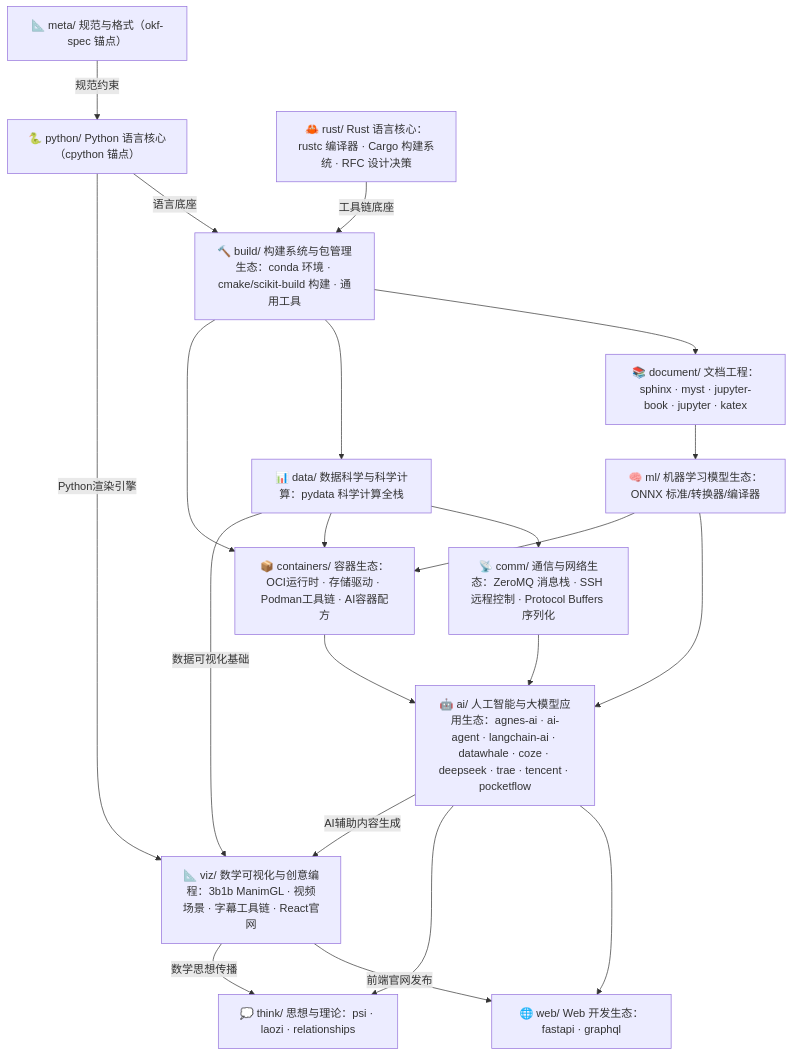
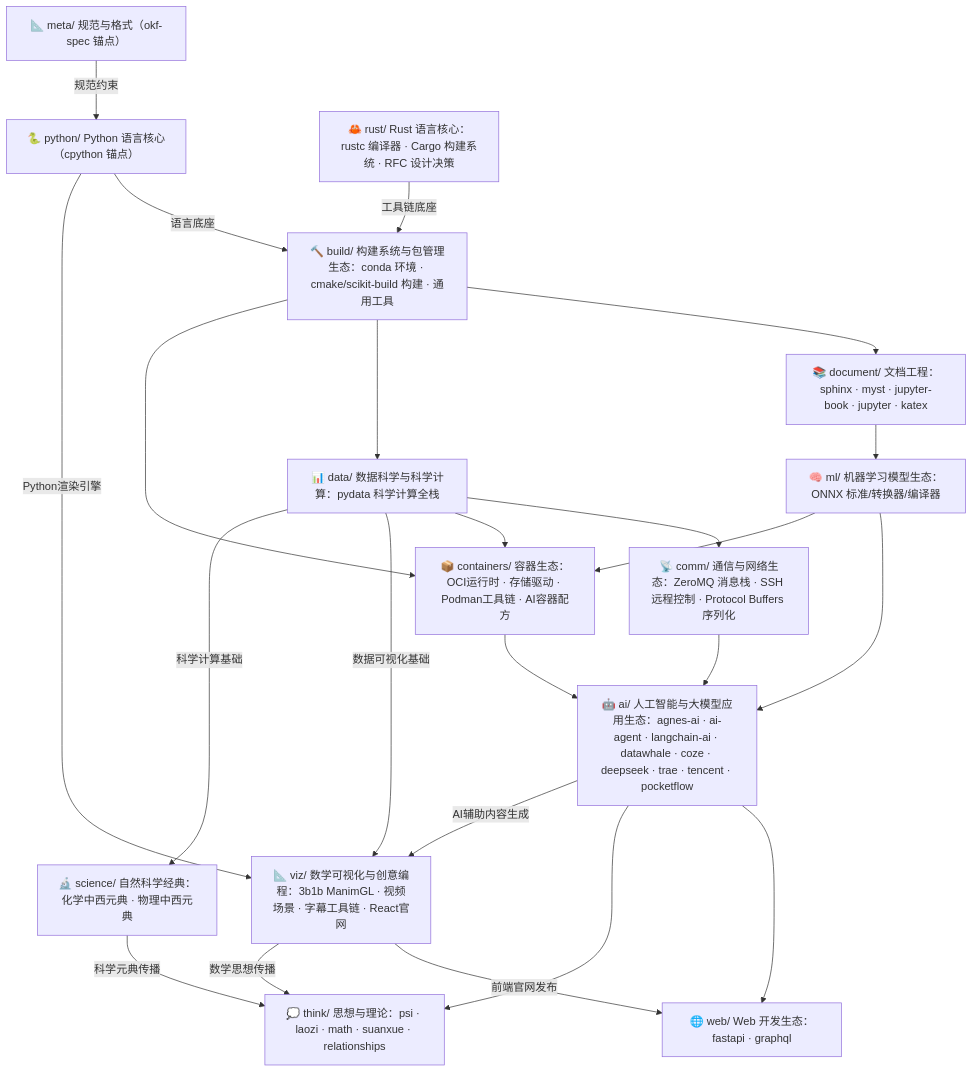
Before and after one commit to awesome-flexloop/awesome-okf: the first of 2 diagrams in doc/bundles/index.md, drawn with Mermaid. The commit also changed other lines of this file and 1 other file, not shown here.

````diff
--- a/doc/bundles/index.md
+++ b/doc/bundles/index.md
@@ -21,36 +21,39 @@
 ```mermaid
 flowchart TD
     meta["📐 meta/ 规范与格式（okf-spec 锚点）"]
     py["🐍 python/ Python 语言核心（cpython 锚点）"]
     rust["🦀 rust/ Rust 语言核心：rustc 编译器 · Cargo 构建系统 · RFC 设计决策"]
     build["🔨 build/ 构建系统与包管理生态：conda 环境 · cmake/scikit-build 构建 · 通用工具"]
     doc["📚 document/ 文档工程：sphinx · myst · jupyter-book · jupyter · katex"]
     data["📊 data/ 数据科学与科学计算：pydata 科学计算全栈"]
     ml["🧠 ml/ 机器学习模型生态：ONNX 标准/转换器/编译器"]
     comm["📡 comm/ 通信与网络生态：ZeroMQ 消息栈 · SSH 远程控制 · Protocol Buffers 序列化"]
     ai["🤖 ai/ 人工智能与大模型应用生态：agnes-ai · ai-agent · langchain-ai · datawhale · coze · deepseek · trae · tencent · pocketflow"]
     viz["📐 viz/ 数学可视化与创意编程：3b1b ManimGL · 视频场景 · 字幕工具链 · React官网"]
     web["🌐 web/ Web 开发生态：fastapi · graphql"]
     containers["📦 containers/ 容器生态：OCI运行时 · 存储驱动 · Podman工具链 · AI容器配方"]
-    think["💭 think/ 思想与理论：psi · laozi · relationships"]
+    science["🔬 science/ 自然科学经典：化学中西元典 · 物理中西元典"]
+    think["💭 think/ 思想与理论：psi · laozi · math · suanxue · relationships"]
     meta -->|"规范约束"| py
     py -->|"语言底座"| build
     rust -->|"工具链底座"| build
     build --> doc
     build --> data
     build --> containers
     doc --> ml
     data --> comm
     data --> containers
     data -->|"数据可视化基础"| viz
     py -->|"Python渲染引擎"| viz
     ml --> ai
     ml --> containers
     comm --> ai
     containers --> ai
     ai --> web
     ai --> think
     ai -->|"AI辅助内容生成"| viz
     viz -->|"前端官网发布"| web
     viz -->|"数学思想传播"| think
+    data -->|"科学计算基础"| science
+    science -->|"科学元典传播"| think
 ```
````
